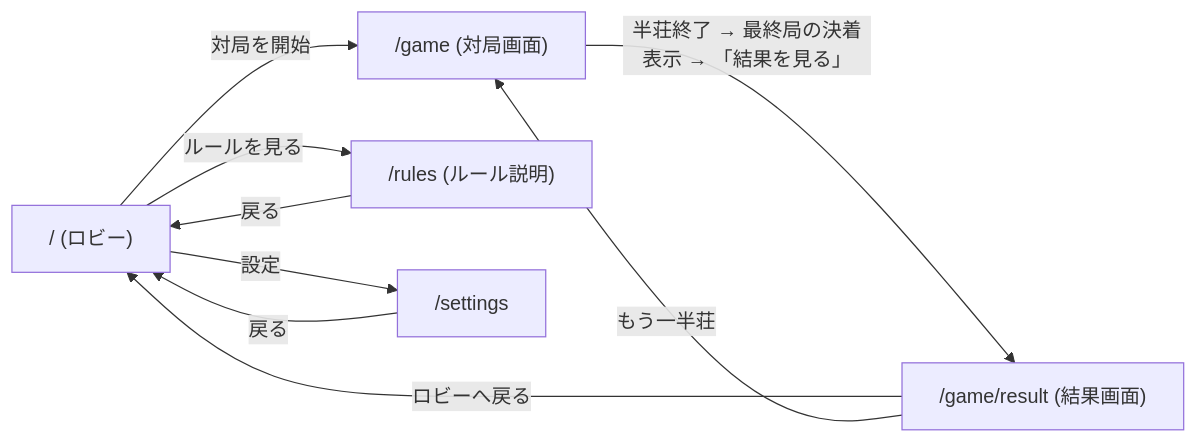
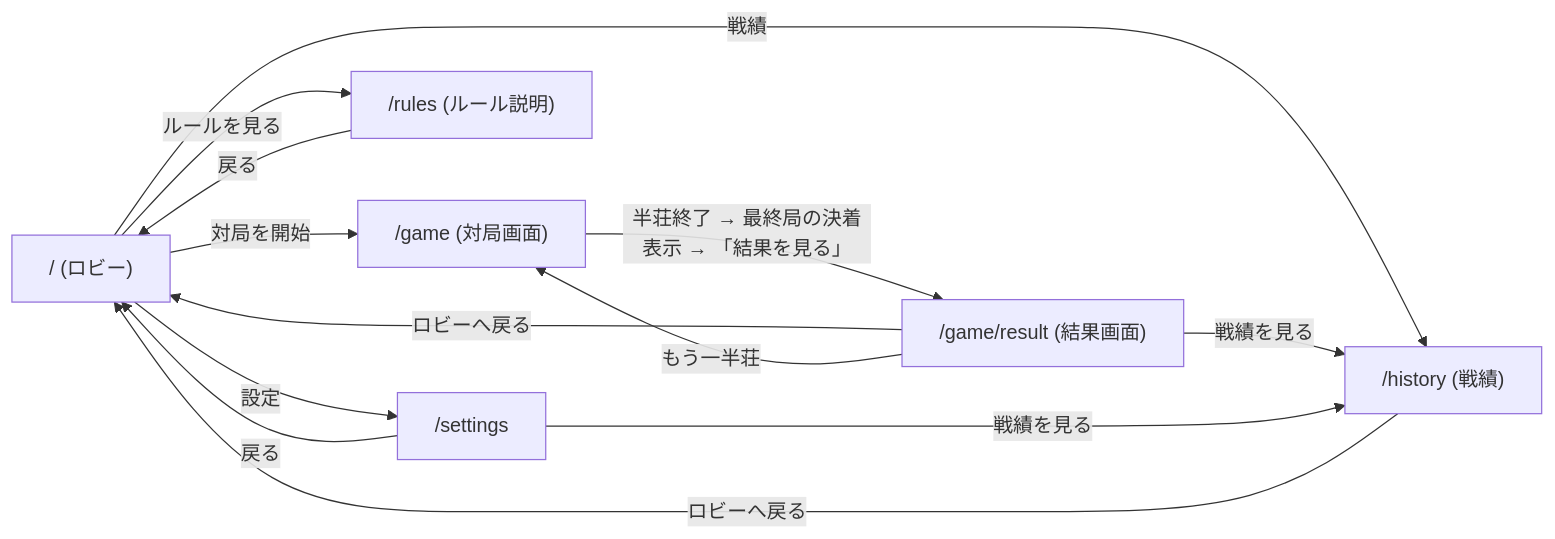
One commit to AutoDevJapan/FourBrosMahjong changed the diagram in documents/spec/screen-design-and-routing.md. Above: the diagram before and after it, drawn with Mermaid. The commit also changed other lines of this file and 22 other files, not shown here.

````diff
--- a/documents/spec/screen-design-and-routing.md
+++ b/documents/spec/screen-design-and-routing.md
@@ -37,11 +39,15 @@
 ```mermaid
 flowchart LR
     Lobby["/ (ロビー)"] -->|対局を開始| Game["/game (対局画面)"]
     Lobby -->|ルールを見る| Rules["/rules (ルール説明)"]
     Rules -->|戻る| Lobby
     Lobby -->|設定| Settings["/settings"]
     Settings -->|戻る| Lobby
     Game -->|半荘終了 → 最終局の決着表示 → 「結果を見る」| Result["/game/result (結果画面)"]
     Result -->|ロビーへ戻る| Lobby
     Result -->|もう一半荘| Game
+    Lobby -->|戦績| History["/history (戦績)"]
+    Result -->|戦績を見る| History
+    Settings -->|戦績を見る| History
+    History -->|ロビーへ戻る| Lobby
 ```
````
